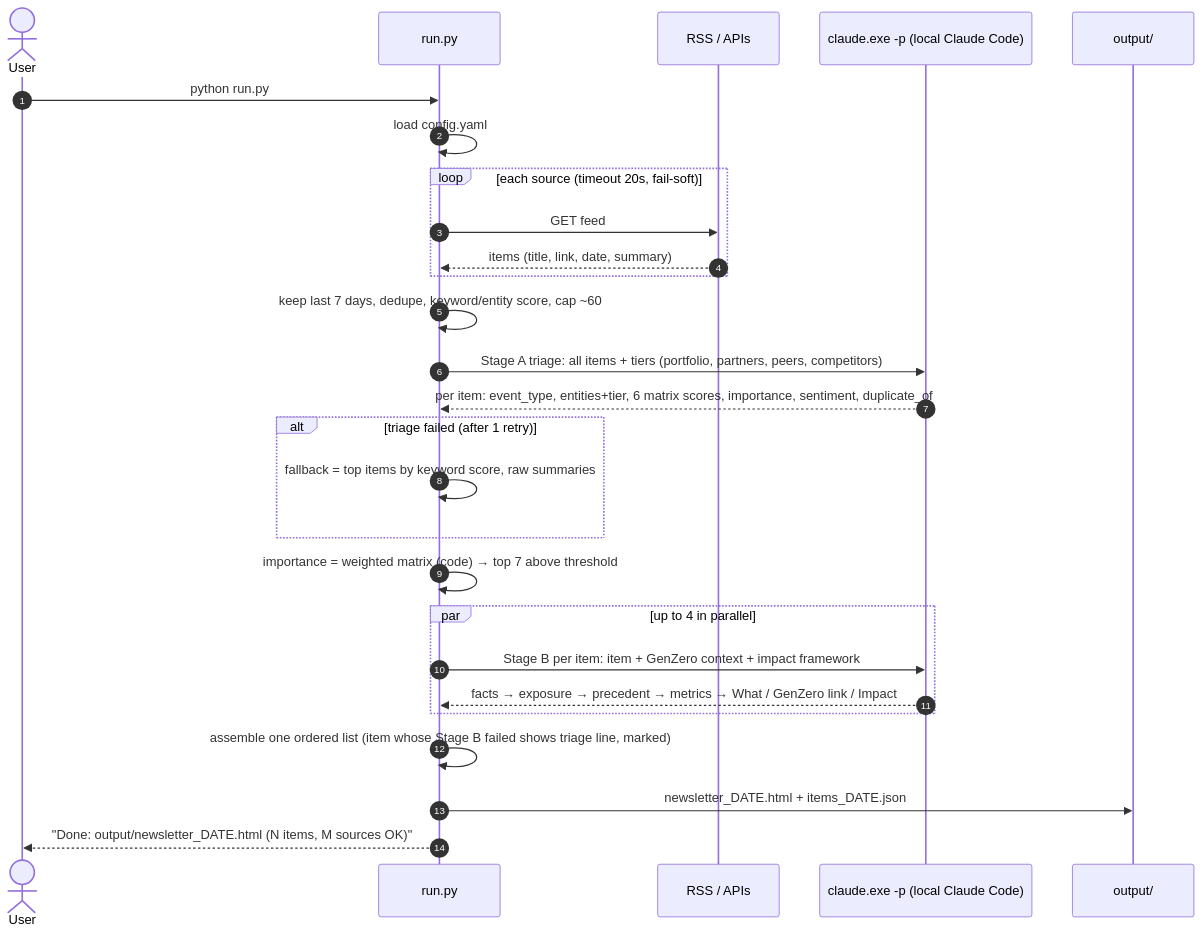
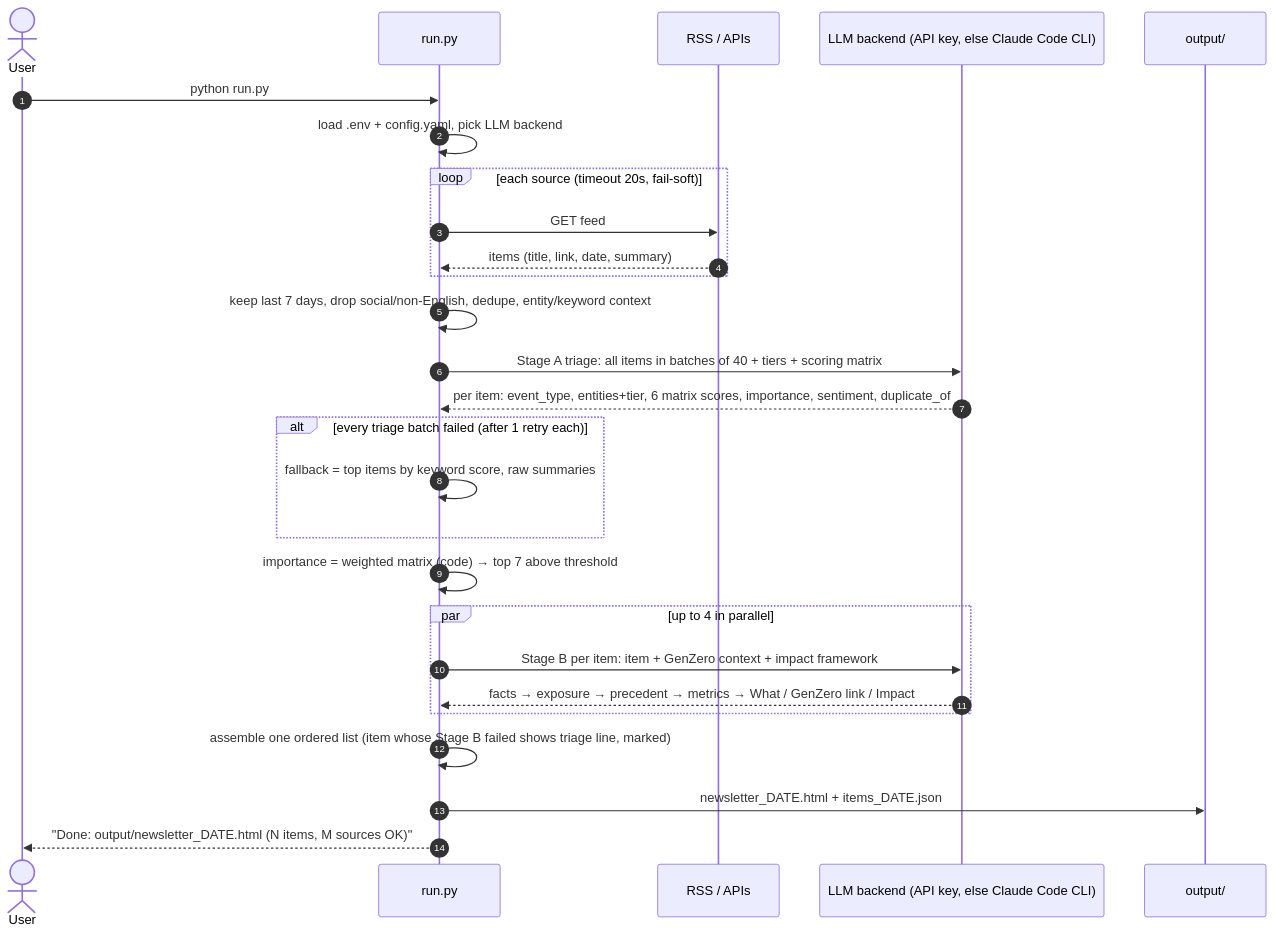
The second of 4 diagrams in PLAN.md (Benjamin-Fernandez/genzero-climate-newsletter), drawn with Mermaid before and after one commit. The commit also changed other lines of this file and 8 other files, not shown here.

````diff
--- a/PLAN.md
+++ b/PLAN.md
@@ -53,30 +66,30 @@
 ```mermaid
 sequenceDiagram
     autonumber
     actor U as User
     participant Run as run.py
     participant Feeds as RSS / APIs
-    participant CL as claude.exe -p (local Claude Code)
+    participant CL as LLM backend (API key, else Claude Code CLI)
     participant FS as output/
 
     U->>Run: python run.py
-    Run->>Run: load config.yaml
+    Run->>Run: load .env + config.yaml, pick LLM backend
     loop each source (timeout 20s, fail-soft)
         Run->>Feeds: GET feed
         Feeds-->>Run: items (title, link, date, summary)
     end
-    Run->>Run: keep last 7 days, dedupe, keyword/entity score, cap ~60
-    Run->>CL: Stage A triage: all items + tiers (portfolio, partners, peers, competitors)
+    Run->>Run: keep last 7 days, drop social/non-English, dedupe, entity/keyword context
+    Run->>CL: Stage A triage: all items in batches of 40 + tiers + scoring matrix
     CL-->>Run: per item: event_type, entities+tier, 6 matrix scores, importance, sentiment, duplicate_of
-    alt triage failed (after 1 retry)
+    alt every triage batch failed (after 1 retry each)
         Run->>Run: fallback = top items by keyword score, raw summaries
     end
     Run->>Run: importance = weighted matrix (code) → top 7 above threshold
     par up to 4 in parallel
         Run->>CL: Stage B per item: item + GenZero context + impact framework
         CL-->>Run: facts → exposure → precedent → metrics → What / GenZero link / Impact
     end
     Run->>Run: assemble one ordered list (item whose Stage B failed shows triage line, marked)
     Run->>FS: newsletter_DATE.html + items_DATE.json
     Run-->>U: "Done: output/newsletter_DATE.html (N items, M sources OK)"
 ```
````
